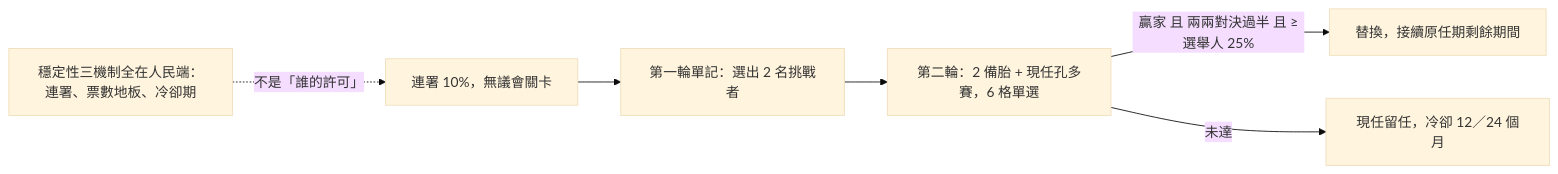
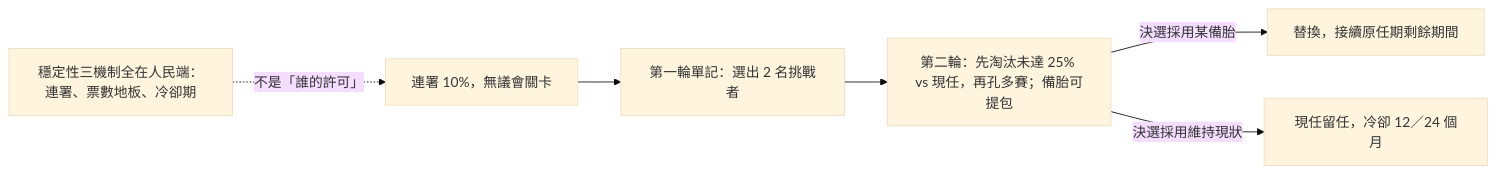
The tenth of 10 diagrams in topics/regime-designs/designs/台灣/一院總統制-測試/憲政架構圖.md (IRonROOT578/Political-Economy-Research-Public), drawn with Mermaid (base theme) before and after one commit. The commit also changed 106 other files, not shown here.

````diff
--- a/topics/regime-designs/designs/台灣/一院總統制-測試/憲政架構圖.md
+++ b/topics/regime-designs/designs/台灣/一院總統制-測試/憲政架構圖.md
@@ -145,9 +145,9 @@
 ```mermaid
 flowchart LR
   Sign[連署 10%，無議會關卡] --> R1[第一輪單記：選出 2 名挑戰者]
-  R1 --> R2[第二輪：2 備胎 + 現任孔多賽，6 格單選]
-  R2 -->|贏家 且 兩兩對決過半 且 ≥選舉人 25%| Change[替換，接續原任期剩餘期間]
-  R2 -->|未達| Stay[現任留任，冷卻 12／24 個月]
+  R1 --> R2[第二輪：先淘汰未達 25% vs 現任，再孔多賽；備胎可提包]
+  R2 -->|決選採用某備胎| Change[替換，接續原任期剩餘期間]
+  R2 -->|決選採用維持現狀| Stay[現任留任，冷卻 12／24 個月]
   Stable[穩定性三機制全在人民端：連署、票數地板、冷卻期]
   Stable -.->|不是「誰的許可」| Sign
 ```
````
